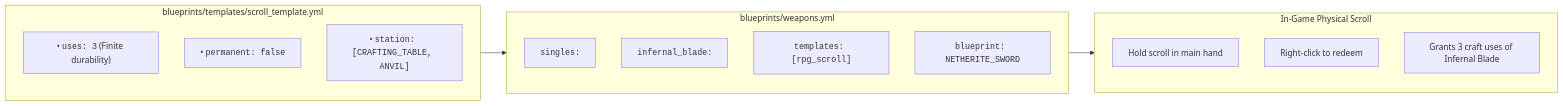
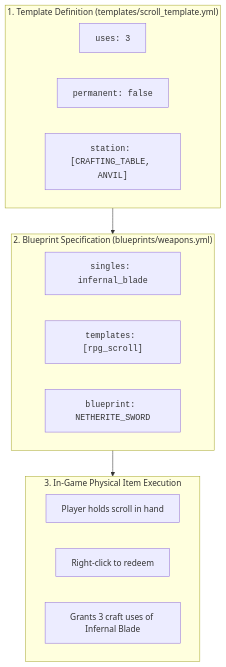
Before and after one commit to XZtotal/CraftingBlueprints-Wiki: the diagram in docs/operations/tutorials/rpg-scrolls.md, drawn with Mermaid. The commit also changed 31 other files, not shown here.

Commit message:
style(docs): optimize diagram proportions, center all diagrams, and fix table padding

````diff
--- a/docs/operations/tutorials/rpg-scrolls.md
+++ b/docs/operations/tutorials/rpg-scrolls.md
@@ -7,23 +7,25 @@
 ```mermaid
-flowchart LR
-    subgraph Template["blueprints/templates/scroll_template.yml"]
-        T1["• <code>uses: 3</code> (Finite durability)"]
-        T2["• <code>permanent: false</code>"]
-        T3["• <code>station: [CRAFTING_TABLE, ANVIL]</code>"]
+flowchart TD
+    subgraph S1["1. Template Definition (templates/scroll_template.yml)"]
+        direction LR
+        T1["<code>uses: 3</code>"]
+        T2["<code>permanent: false</code>"]
+        T3["<code>station: [CRAFTING_TABLE, ANVIL]</code>"]
     end
 
-    subgraph Blueprint["blueprints/weapons.yml"]
-        B1["<code>singles:</code>"]
-        B2["  <code>infernal_blade:</code>"]
-        B3["    <code>templates: [rpg_scroll]</code>"]
-        B4["    <code>blueprint: NETHERITE_SWORD</code>"]
+    subgraph S2["2. Blueprint Specification (blueprints/weapons.yml)"]
+        direction LR
+        B1["<code>singles: infernal_blade</code>"]
+        B2["<code>templates: [rpg_scroll]</code>"]
+        B3["<code>blueprint: NETHERITE_SWORD</code>"]
     end
 
-    subgraph Item["In-Game Physical Scroll"]
-        I1["Hold scroll in main hand"]
+    subgraph S3["3. In-Game Physical Item Execution"]
+        direction LR
+        I1["Player holds scroll in hand"]
         I2["Right-click to redeem"]
         I3["Grants 3 craft uses of Infernal Blade"]
     end
 
-    Template --> Blueprint --> Item
+    S1 --> S2 --> S3
 ```
````
